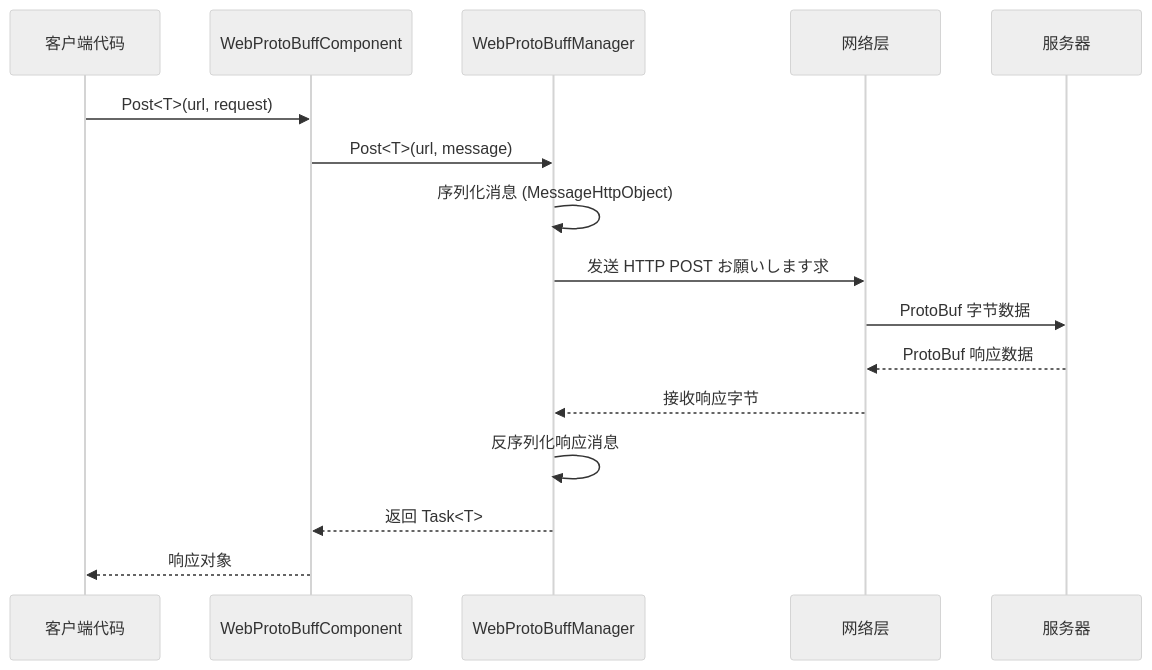
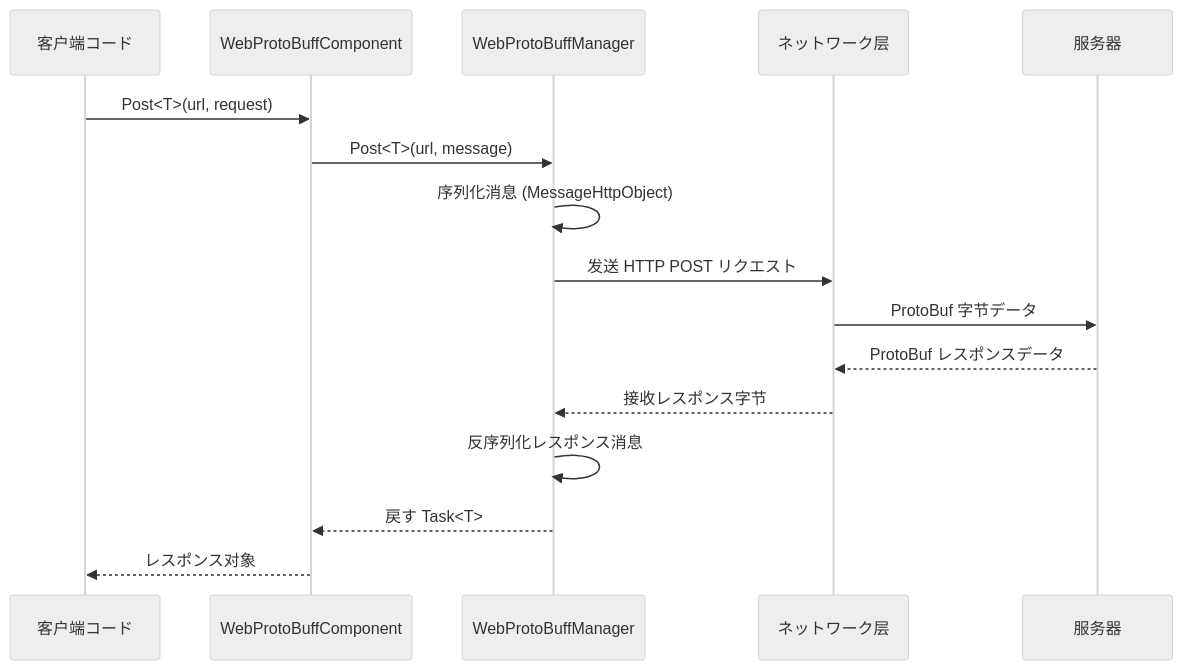
Before and after one commit to AlianBlank/GameFrameX.Docs: the diagram in docs/ja/client/unity/component/web-protobuff/11.basic-example.md, drawn with Mermaid (neutral theme). The commit also changed other lines of this file and 320 other files, not shown here.

````diff
--- a/docs/ja/client/unity/component/web-protobuff/11.basic-example.md
+++ b/docs/ja/client/unity/component/web-protobuff/11.basic-example.md
@@ -18,19 +18,19 @@
 ```mermaid
 sequenceDiagram
-    participant Client as 客户端代码
+    participant Client as 客户端コード
     participant Component as WebProtoBuffComponent
     participant Manager as WebProtoBuffManager
-    participant Network as 网络层
+    participant Network as ネットワーク层
     participant Server as 服务器
 
     Client->>Component: Post<T>(url, request)
     Component->>Manager: Post<T>(url, message)
     Manager->>Manager: 序列化消息 (MessageHttpObject)
-    Manager->>Network: 发送 HTTP POST お願いします求
-    Network->>Server: ProtoBuf 字节数据
-    Server-->>Network: ProtoBuf 响应数据
-    Network-->>Manager: 接收响应字节
-    Manager->>Manager: 反序列化响应消息
-    Manager-->>Component: 返回 Task<T>
-    Component-->>Client: 响应对象
+    Manager->>Network: 发送 HTTP POST リクエスト
+    Network->>Server: ProtoBuf 字节データ
+    Server-->>Network: ProtoBuf レスポンスデータ
+    Network-->>Manager: 接收レスポンス字节
+    Manager->>Manager: 反序列化レスポンス消息
+    Manager-->>Component: 戻す Task<T>
+    Component-->>Client: レスポンス对象
 ```
````
